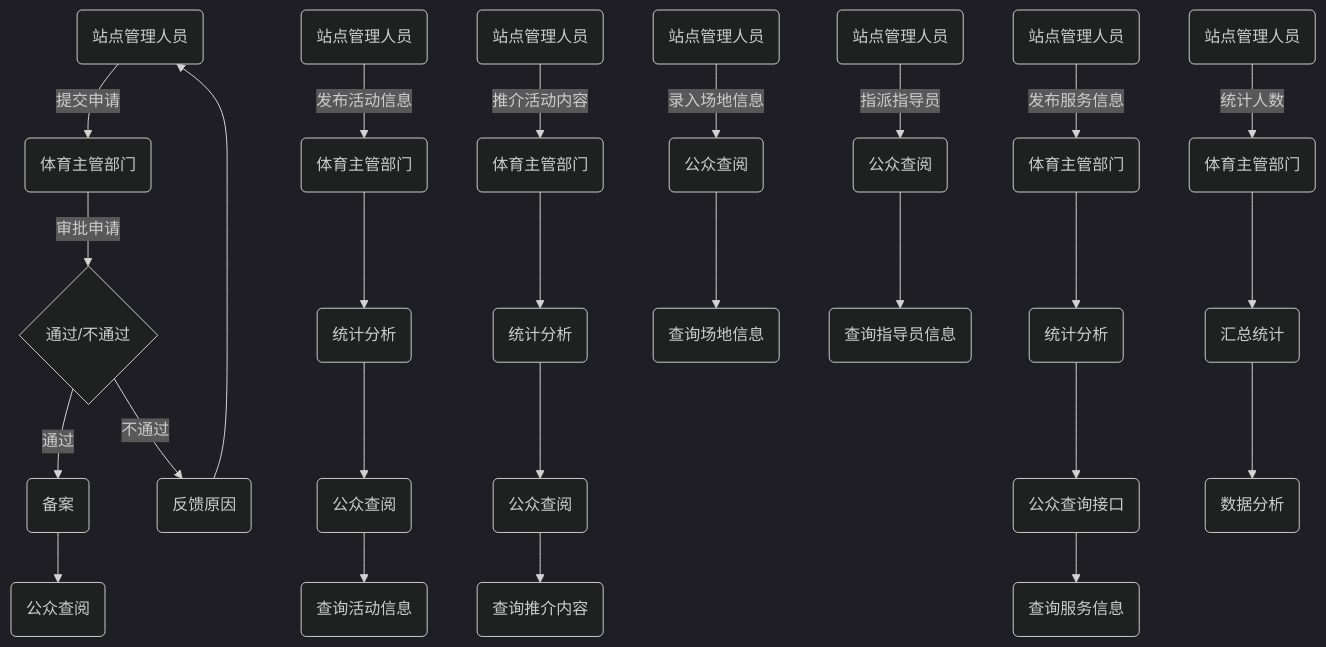
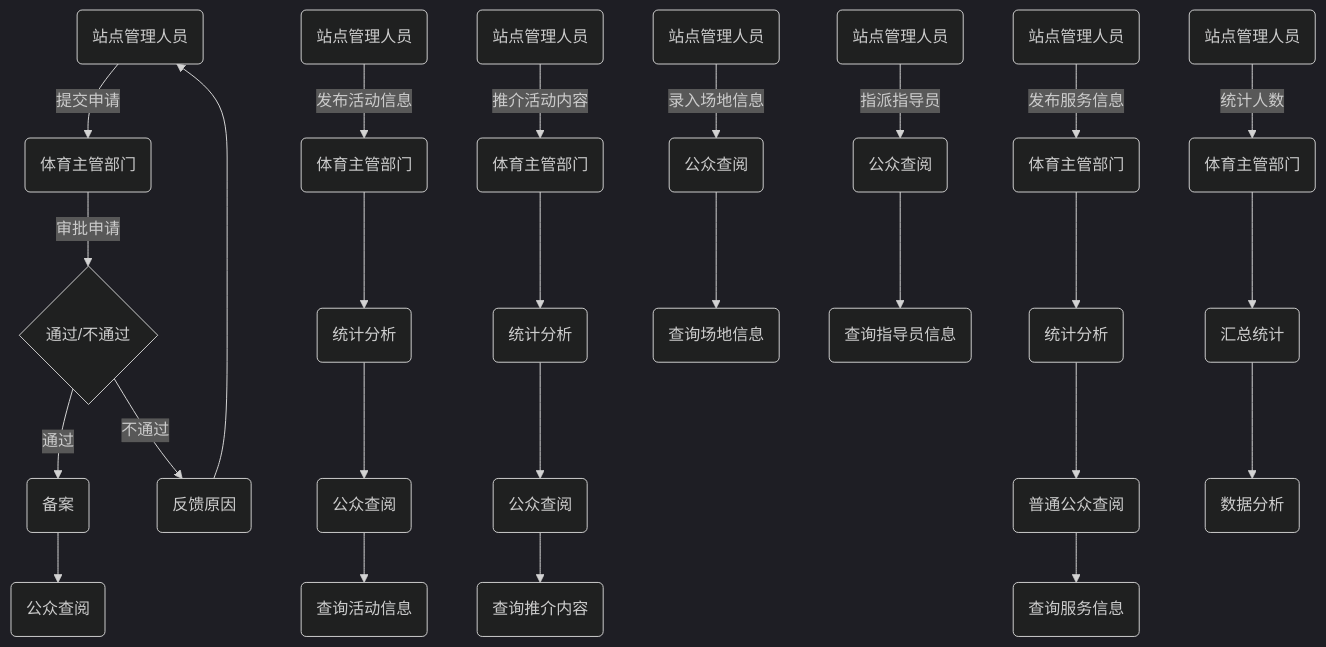
One commit to miaozjs/iodraw-files changed the diagram in all/未命名-1.md. Above: the diagram before and after it, drawn with Mermaid (dark theme).

Commit message:
2024-06-13 17:26:58 update

````diff
--- a/all/未命名-1.md
+++ b/all/未命名-1.md
@@ -1,35 +1,35 @@
 ```mermaid
 graph TD
     A1(站点管理人员) -->|提交申请| A2(体育主管部门)
     A2 -->|审批申请| A3{通过/不通过}
     A3 -->|通过| A4(备案)
     A3 -->|不通过| A5(反馈原因)
     A4 --> A6(公众查阅)
     A5 --> A1
 
     B1(站点管理人员) -->|发布活动信息| B2(体育主管部门)
     B2 --> B3(统计分析)
     B3 --> B4(公众查阅)
     B4 --> B5(查询活动信息)
 
     C1(站点管理人员) -->|推介活动内容| C2(体育主管部门)
     C2 --> C3(统计分析)
     C3 --> C4(公众查阅)
     C4 --> C5(查询推介内容)
 
     D1(站点管理人员) -->|发布服务信息| D2(体育主管部门)
     D2 --> D3(统计分析)
-    D3 --> D4(公众查询接口)
+    D3 --> D4(普通公众查阅)
     D4 --> D5(查询服务信息)
 
     E1(站点管理人员) -->|录入场地信息| E4(公众查阅)
     E4 --> E6(查询场地信息)
 
     F1(站点管理人员) -->|指派指导员| F4(公众查阅)
     F4 --> F6(查询指导员信息)
 
     G1(站点管理人员) -->|统计人数| G2(体育主管部门)
     G2 --> G3(汇总统计)
     G3 --> G4(数据分析)
 
 ```
````
